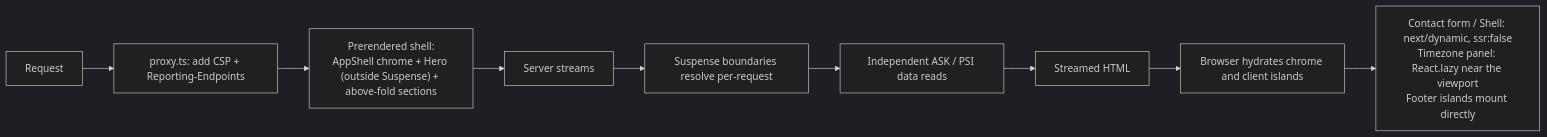
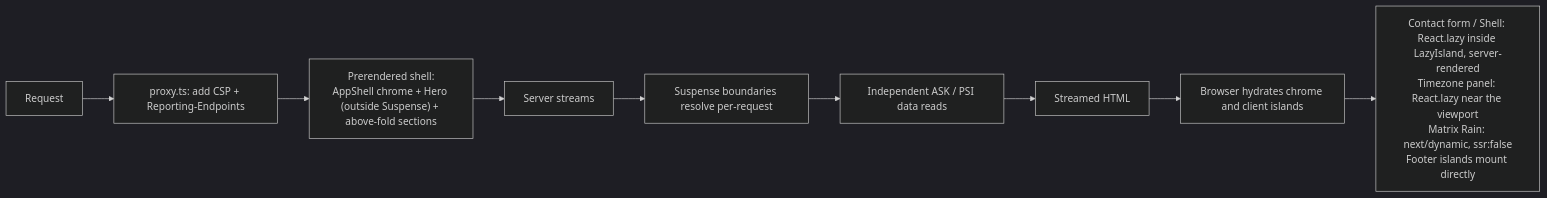
Before and after one commit to erikunha/portfolio: the third of 6 diagrams in docs/03-rendering-and-data-flow.md, drawn with Mermaid (dark theme). The commit also changed other lines of this file and 50 other files, not shown here.

````diff
--- a/docs/03-rendering-and-data-flow.md
+++ b/docs/03-rendering-and-data-flow.md
@@ -85,11 +89,11 @@
 ```mermaid
 flowchart LR
     req["Request"] --> px["proxy.ts: add CSP + Reporting-Endpoints"]
     px --> shell["Prerendered shell:<br/>AppShell chrome + Hero (outside Suspense) + above-fold sections"]
     shell --> stream["Server streams"]
     stream --> susp["Suspense boundaries resolve per-request"]
     susp --> dyn["Independent ASK / PSI data reads"]
     dyn --> html2["Streamed HTML"]
     html2 --> hydrate["Browser hydrates chrome and client islands"]
-    hydrate --> lazy["Contact form / Shell: next/dynamic, ssr:false<br/>Timezone panel: React.lazy near the viewport<br/>Footer islands mount directly"]
+    hydrate --> lazy["Contact form / Shell: React.lazy inside LazyIsland, server-rendered<br/>Timezone panel: React.lazy near the viewport<br/>Matrix Rain: next/dynamic, ssr:false<br/>Footer islands mount directly"]
 ```
````
